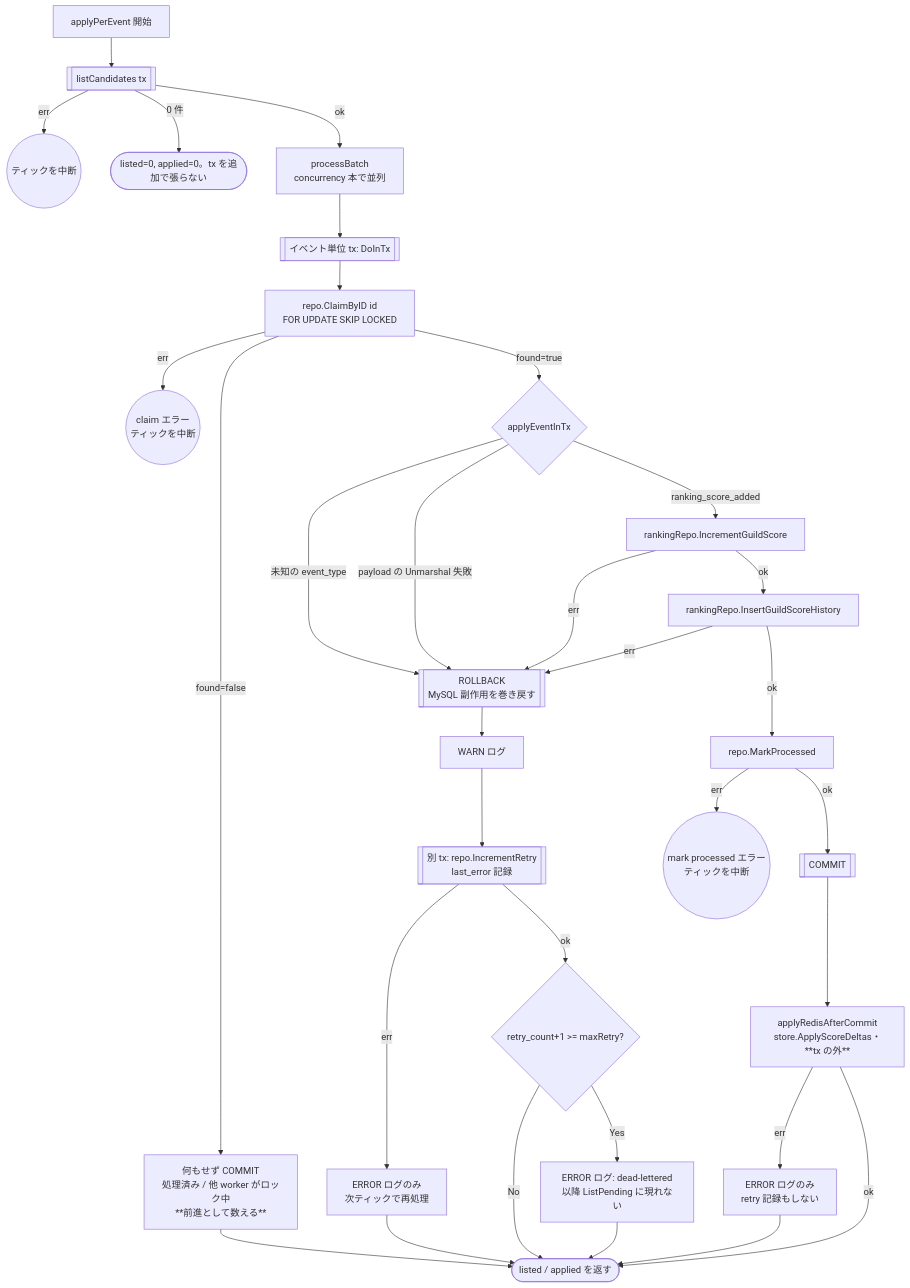
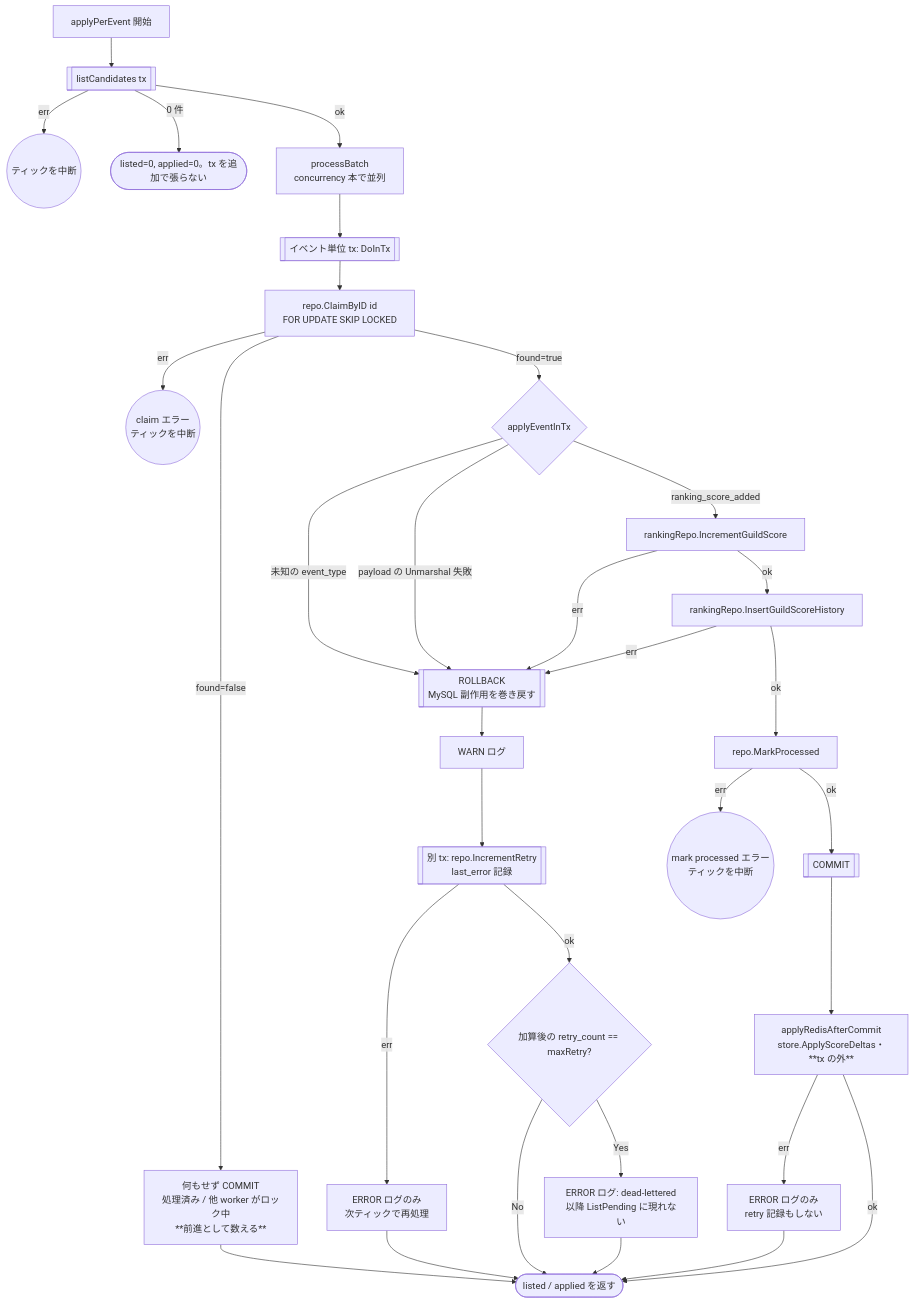
One commit to uchidas-rogue/game-api-sample changed the fourth of 4 diagrams in docs/testing/outbox-worker.md. Above: the diagram before and after it, drawn with Mermaid. The commit also changed other lines of this file and 10 other files, not shown here.

First line of the commit message:
outbox: dead-letter 判定に加算後の retry_count を使う

````diff
--- a/docs/testing/outbox-worker.md
+++ b/docs/testing/outbox-worker.md
@@ -279,38 +299,38 @@
 ```mermaid
 flowchart TD
     PA[applyPerEvent 開始] --> LC[[listCandidates tx]]
     LC -- err --> PE0((ティックを中断))
     LC -- 0 件 --> PZ0([listed=0, applied=0。tx を追加で張らない])
     LC -- ok --> PB[processBatch<br/>concurrency 本で並列]
 
     PB --> P1[[イベント単位 tx: DoInTx]]
     P1 --> P2[repo.ClaimByID id<br/>FOR UPDATE SKIP LOCKED]
     P2 -- err --> PE1((claim エラー<br/>ティックを中断))
     P2 -- found=false --> PS[何もせず COMMIT<br/>処理済み / 他 worker がロック中<br/>**前進として数える**]
     PS --> PZ([listed / applied を返す])
     P2 -- found=true --> H{applyEventInTx}
 
     H -- 未知の event_type --> RB
     H -- payload の Unmarshal 失敗 --> RB
     H -- ranking_score_added --> M1[rankingRepo.IncrementGuildScore]
     M1 -- err --> RB
     M1 -- ok --> M2[rankingRepo.InsertGuildScoreHistory]
     M2 -- err --> RB
     M2 -- ok --> MK[repo.MarkProcessed]
 
     MK -- err --> PE2((mark processed エラー<br/>ティックを中断))
     MK -- ok --> CM[[COMMIT]]
     CM --> R[applyRedisAfterCommit<br/>store.ApplyScoreDeltas・**tx の外**]
     R -- err --> RE[ERROR ログのみ<br/>retry 記録もしない]
     R -- ok --> PZ
     RE --> PZ
 
     RB[[ROLLBACK<br/>MySQL 副作用を巻き戻す]] --> W[WARN ログ]
     W --> RT[[別 tx: repo.IncrementRetry<br/>last_error 記録]]
     RT -- err --> RTE[ERROR ログのみ<br/>次ティックで再処理]
-    RT -- ok --> DL{retry_count+1 >= maxRetry?}
+    RT -- ok --> DL{加算後の retry_count == maxRetry?}
     DL -- No --> PZ
     DL -- Yes --> DLE[ERROR ログ: dead-lettered<br/>以降 ListPending に現れない]
     DLE --> PZ
     RTE --> PZ
 ```
````
